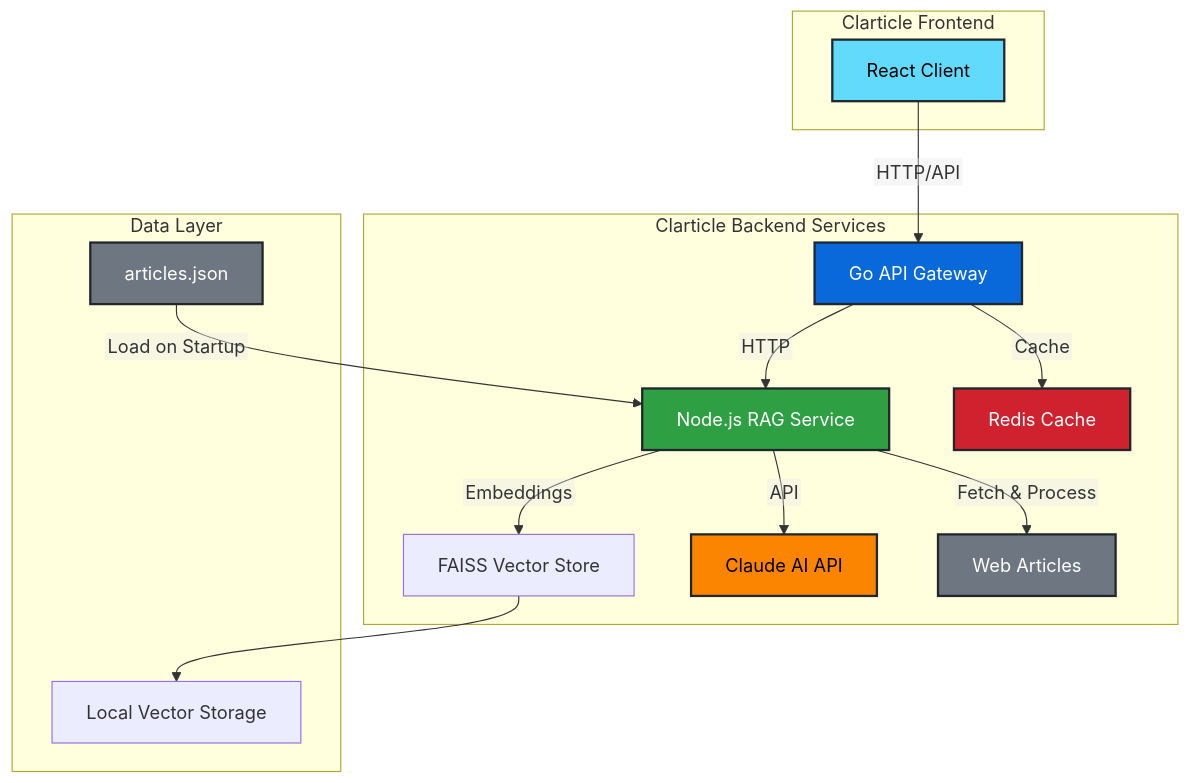
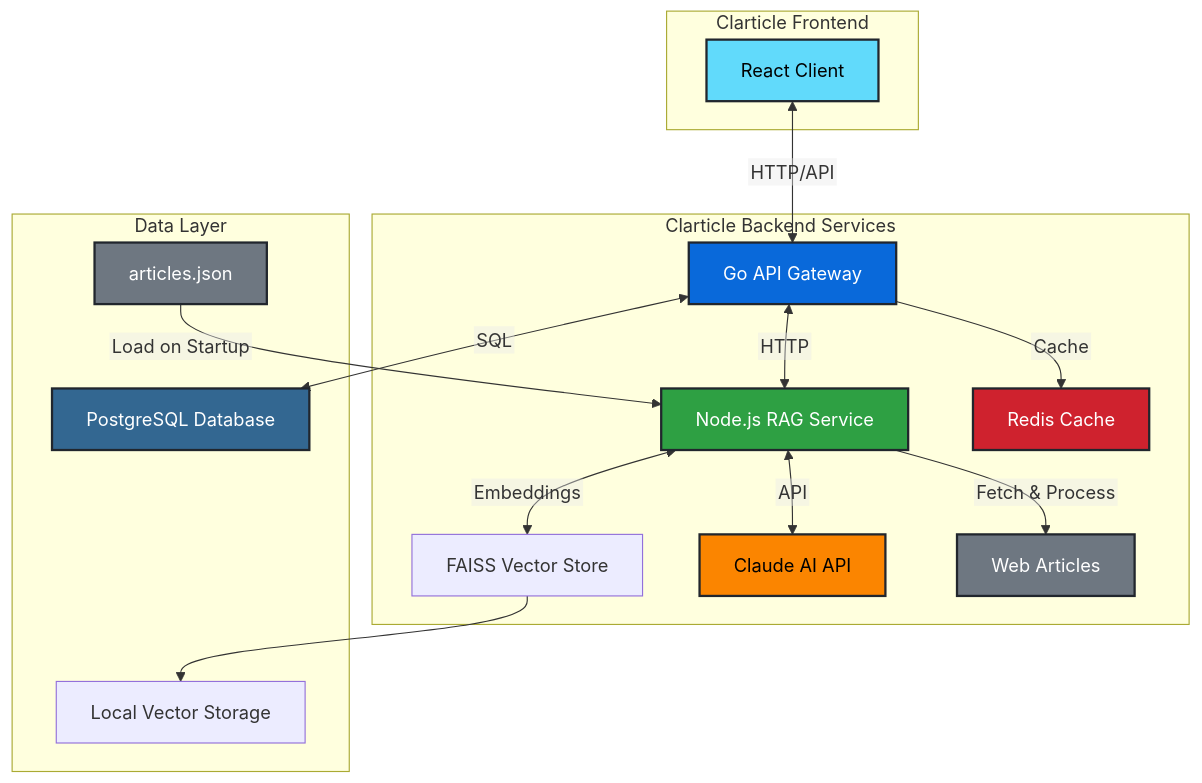
The diagram in README.md (Danor93/Articles-Chat), drawn with Mermaid before and after one commit. The commit also changed other lines of this file and 12 other files, not shown here.

````diff
--- a/README.md
+++ b/README.md
@@ -9,34 +9,37 @@
 ```mermaid
 %%{init: {'flowchart': {'htmlLabels': false}, 'securityLevel': 'loose'}}%%
 graph TD
     subgraph "Clarticle Frontend"
         A[React Client]
     end
 
-    A --> |HTTP/API| B
+    A <--> |HTTP/API| B
 
     subgraph "Clarticle Backend Services"
         B[Go API Gateway]
-        B --> |HTTP| C
+        B <--> |HTTP| C
         B --> |Cache| D[Redis Cache]
         C[Node.js RAG Service]
-        C --> |Embeddings| E[FAISS Vector Store]
-        C --> |API| F[Claude AI API]
+        C <--> |Embeddings| E[FAISS Vector Store]
+        C <--> |API| F[Claude AI API]
         C --> |Fetch & Process| G[Web Articles]
     end
 
     subgraph "Data Layer"
         E --> H[Local Vector Storage]
         I[articles.json]
+        J[PostgreSQL Database]
     end
 
     I --> |Load on Startup| C
+    B <--> |SQL| J
 
     style A fill:#61dafb,stroke:#21262d,stroke-width:2px,color:#000
     style B fill:#0969da,stroke:#21262d,stroke-width:2px,color:#fff
     style C fill:#2ea043,stroke:#21262d,stroke-width:2px,color:#fff
     style D fill:#cf222e,stroke:#21262d,stroke-width:2px,color:#fff
+    style J fill:#336791,stroke:#21262d,stroke-width:2px,color:#fff
     style F fill:#fb8500,stroke:#21262d,stroke-width:2px,color:#000
     style G fill:#6e7781,stroke:#21262d,stroke-width:2px,color:#fff
     style I fill:#6e7781,stroke:#21262d,stroke-width:2px,color:#fff
 ```
````
